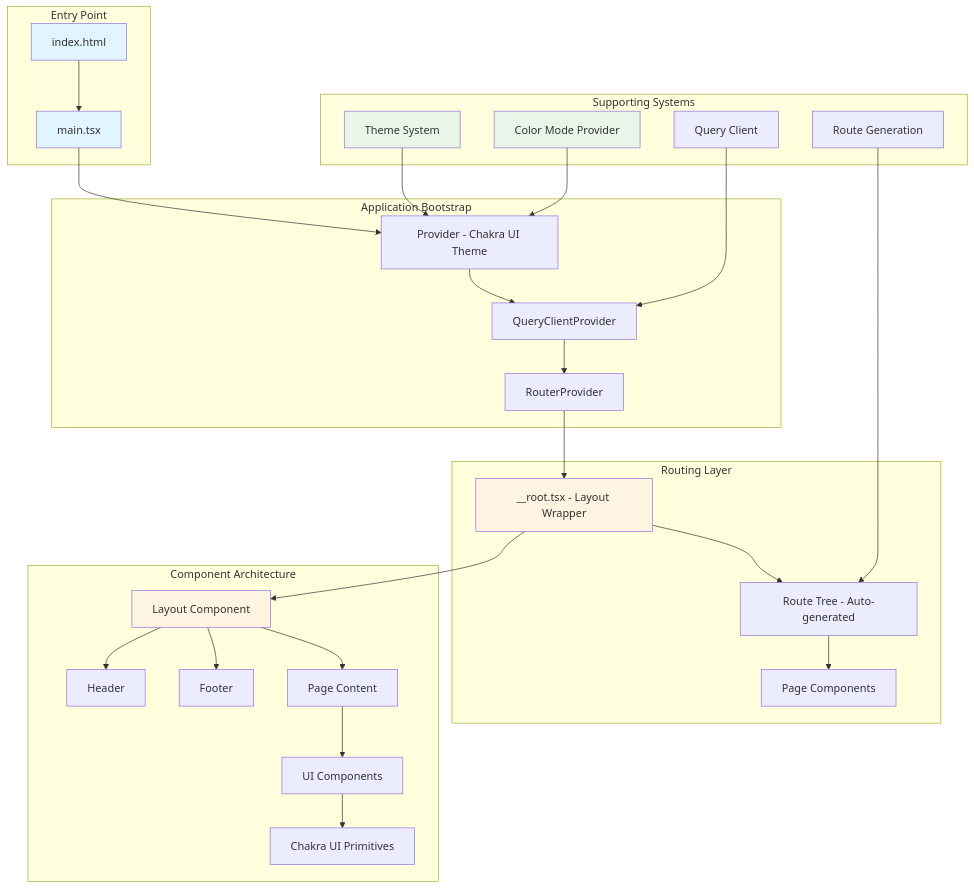
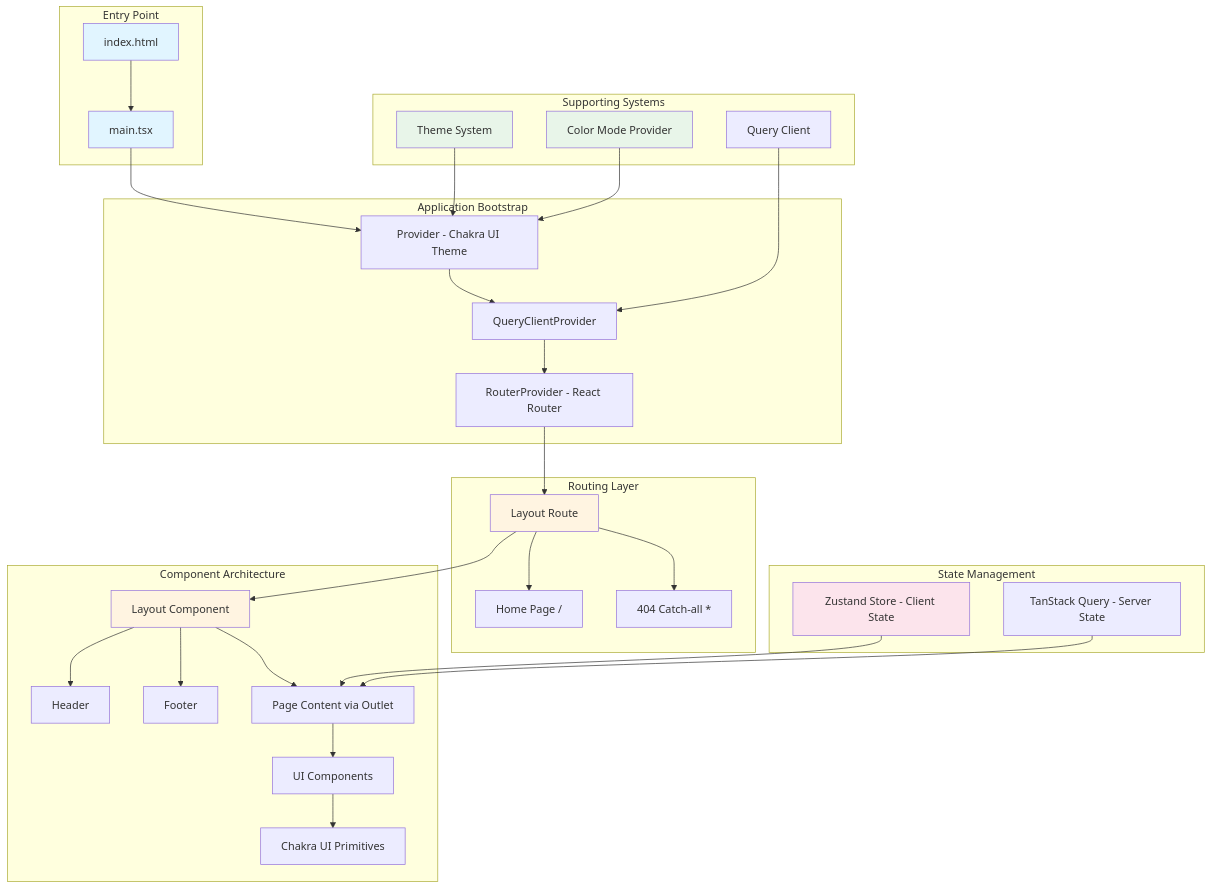
One commit to unfazed2049/vite-react-chakra-starter changed the diagram in README.md. Above: the diagram before and after it, drawn with Mermaid. The commit also changed other lines of this file, not shown here.

````diff
--- a/README.md
+++ b/README.md
@@ -45,41 +47,46 @@
 ```mermaid
 graph TB
     subgraph "Entry Point"
         A[index.html] --> B[main.tsx]
     end
     
     subgraph "Application Bootstrap"
         B --> C[Provider - Chakra UI Theme]
         C --> D[QueryClientProvider]
-        D --> E[RouterProvider]
+        D --> E[RouterProvider - React Router]
     end
     
     subgraph "Routing Layer"
-        E --> F[__root.tsx - Layout Wrapper]
-        F --> G[Route Tree - Auto-generated]
-        G --> H[Page Components]
+        E --> F[Layout Route]
+        F --> G[Home Page /]
+        F --> H[404 Catch-all *]
     end
     
     subgraph "Component Architecture"
         F --> I[Layout Component]
         I --> J[Header]
         I --> K[Footer]
-        I --> L[Page Content]
+        I --> L[Page Content via Outlet]
         L --> M[UI Components]
         M --> N[Chakra UI Primitives]
+    end
+    
+    subgraph "State Management"
+        Z[Zustand Store - Client State] --> L
+        Q[TanStack Query - Server State] --> L
     end
     
     subgraph "Supporting Systems"
         O[Theme System] --> C
         P[Color Mode Provider] --> C
-        Q[Query Client] --> D
-        R[Route Generation] --> G
+        S[Query Client] --> D
     end
     
     style A fill:#e1f5ff
     style B fill:#e1f5ff
     style F fill:#fff4e1
     style I fill:#fff4e1
     style O fill:#e8f5e9
     style P fill:#e8f5e9
+    style Z fill:#fce4ec
 ```
````
